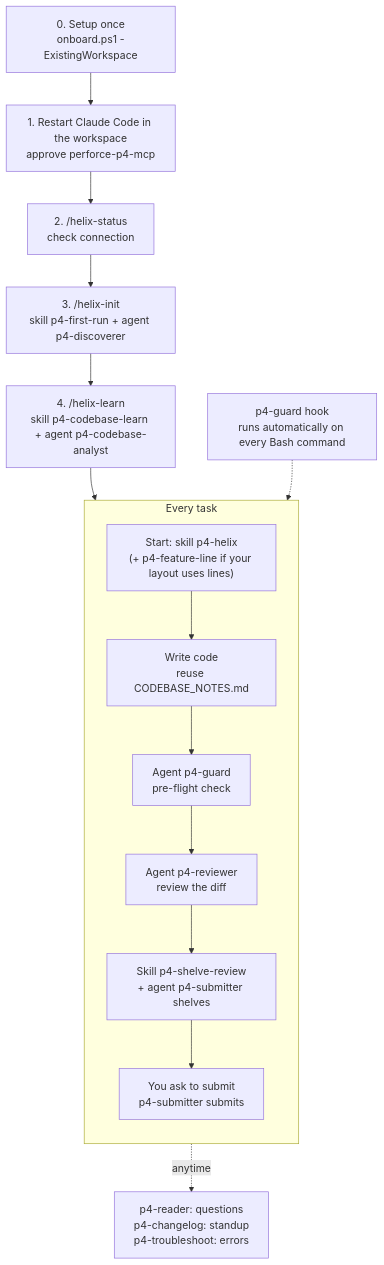
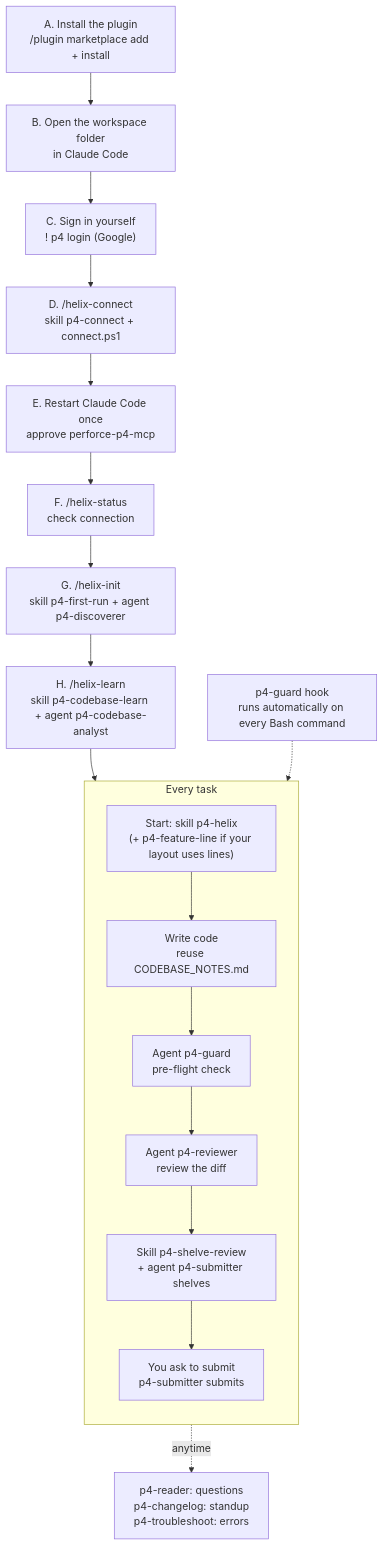
The diagram in docs/existing-workspace/02-skills-and-agents-guide.md (arizlan17/claude-helix-connector), drawn with Mermaid before and after one commit. The commit also changed other lines of this file and 4 other files, not shown here.

First line of the commit message:
Document the connect order and /helix-connect in the existing-workspace docs

````diff
--- a/docs/existing-workspace/02-skills-and-agents-guide.md
+++ b/docs/existing-workspace/02-skills-and-agents-guide.md
@@ -7,20 +7,23 @@
 ```mermaid
 flowchart TB
-    S0["0. Setup once<br/>onboard.ps1 -ExistingWorkspace"] --> S1["1. Restart Claude Code in the workspace<br/>approve perforce-p4-mcp"]
-    S1 --> S2["2. /helix-status<br/>check connection"]
-    S2 --> S3["3. /helix-init<br/>skill p4-first-run + agent p4-discoverer"]
-    S3 --> S4["4. /helix-learn<br/>skill p4-codebase-learn + agent p4-codebase-analyst"]
+    P0["A. Install the plugin<br/>/plugin marketplace add + install"] --> P1["B. Open the workspace folder<br/>in Claude Code"]
+    P1 --> P2["C. Sign in yourself<br/>! p4 login (Google)"]
+    P2 --> S0["D. /helix-connect<br/>skill p4-connect + connect.ps1"]
+    S0 --> S1["E. Restart Claude Code once<br/>approve perforce-p4-mcp"]
+    S1 --> S2["F. /helix-status<br/>check connection"]
+    S2 --> S3["G. /helix-init<br/>skill p4-first-run + agent p4-discoverer"]
+    S3 --> S4["H. /helix-learn<br/>skill p4-codebase-learn + agent p4-codebase-analyst"]
     S4 --> LOOP
 
     subgraph LOOP["Every task"]
         direction TB
         T1["Start: skill p4-helix<br/>(+ p4-feature-line if your layout uses lines)"] --> T2["Write code<br/>reuse CODEBASE_NOTES.md"]
         T2 --> T3["Agent p4-guard<br/>pre-flight check"]
         T3 --> T4["Agent p4-reviewer<br/>review the diff"]
         T4 --> T5["Skill p4-shelve-review<br/>+ agent p4-submitter shelves"]
         T5 --> T6["You ask to submit<br/>p4-submitter submits"]
     end
 
     LOOP -. "anytime" .-> X1["p4-reader: questions<br/>p4-changelog: standup<br/>p4-troubleshoot: errors"]
     HOOK["p4-guard hook<br/>runs automatically on every Bash command"] -.-> LOOP
 ```
````
